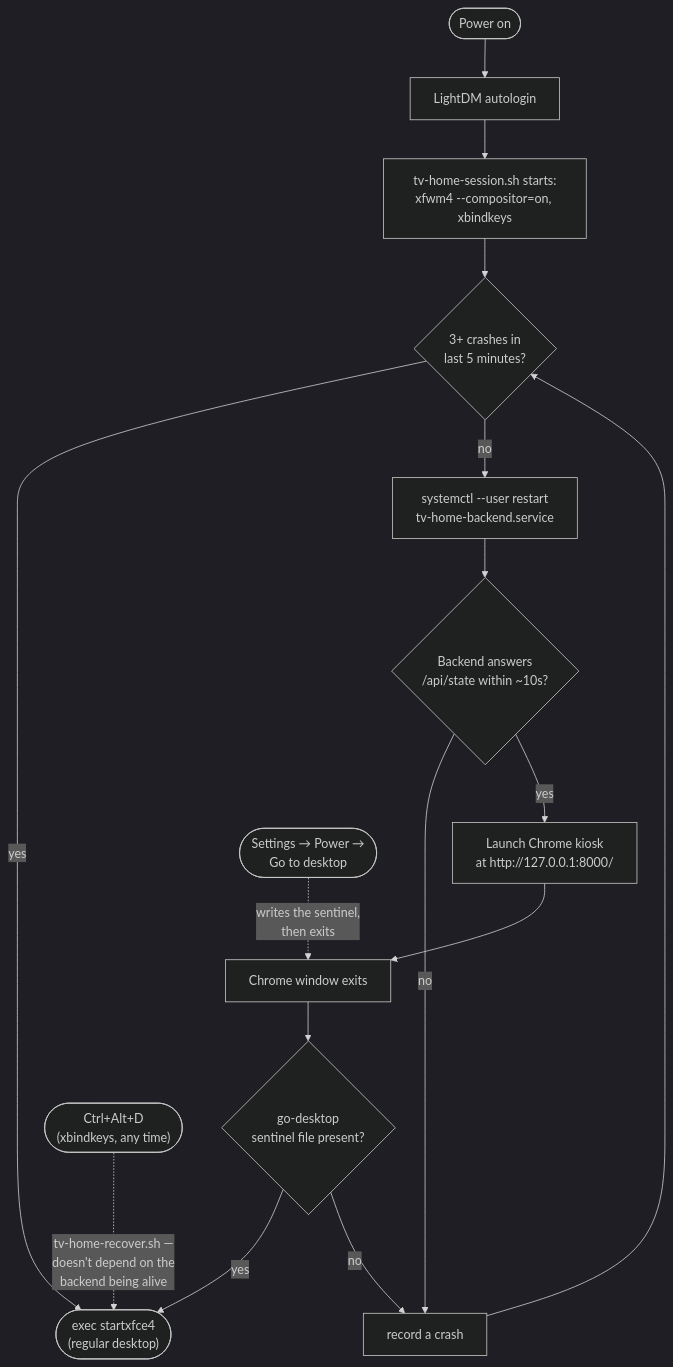
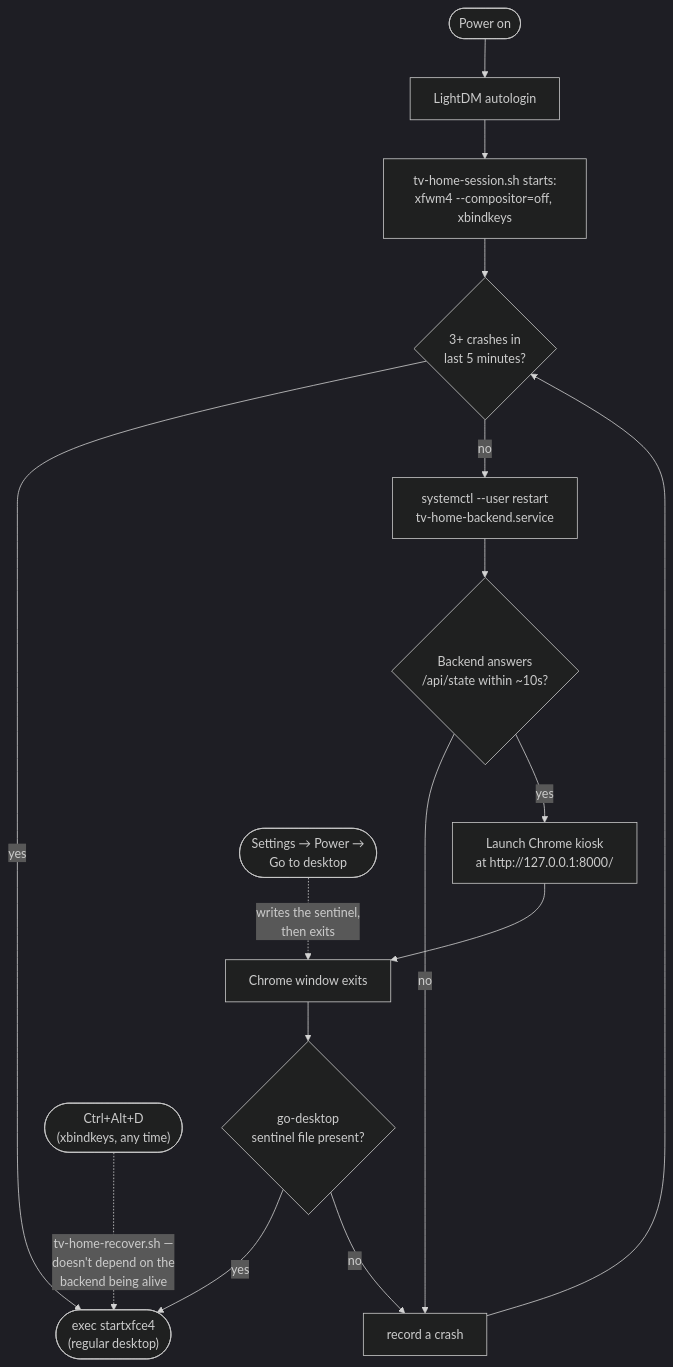
Before and after one commit to amankumawat-567/tv-home: the diagram in docs/diagrams/boot-flow.md, drawn with Mermaid (dark theme). The commit also changed 6 other files, not shown here.

First line of the commit message:
Switch the session compositor to off (confirmed on real hardware)

````diff
--- a/docs/diagrams/boot-flow.md
+++ b/docs/diagrams/boot-flow.md
@@ -7,20 +7,20 @@
 ```mermaid
 flowchart TD
     Boot([Power on]) --> LightDM[LightDM autologin]
-    LightDM --> Session["tv-home-session.sh starts:\nxfwm4 --compositor=on, xbindkeys"]
+    LightDM --> Session["tv-home-session.sh starts:\nxfwm4 --compositor=off, xbindkeys"]
     Session --> CrashCheck{"3+ crashes in\nlast 5 minutes?"}
     CrashCheck -->|yes| Desktop
     CrashCheck -->|no| StartBackend["systemctl --user restart\ntv-home-backend.service"]
     StartBackend --> WaitBackend{"Backend answers\n/api/state within ~10s?"}
     WaitBackend -->|no| RecordCrash[record a crash] --> CrashCheck
     WaitBackend -->|yes| Chrome["Launch Chrome kiosk\nat http://127.0.0.1:8000/"]
     Chrome --> ChromeExit[Chrome window exits]
     ChromeExit --> SentinelCheck{"go-desktop\nsentinel file present?"}
     SentinelCheck -->|yes| Desktop
     SentinelCheck -->|no| RecordCrash
 
     Desktop(["exec startxfce4\n(regular desktop)"])
 
     CtrlAltD(["Ctrl+Alt+D\n(xbindkeys, any time)"]) -.->|"tv-home-recover.sh —\ndoesn't depend on the\nbackend being alive"| Desktop
     PowerPanel(["Settings → Power →\nGo to desktop"]) -.->|writes the sentinel,\nthen exits| ChromeExit
 ```
````
